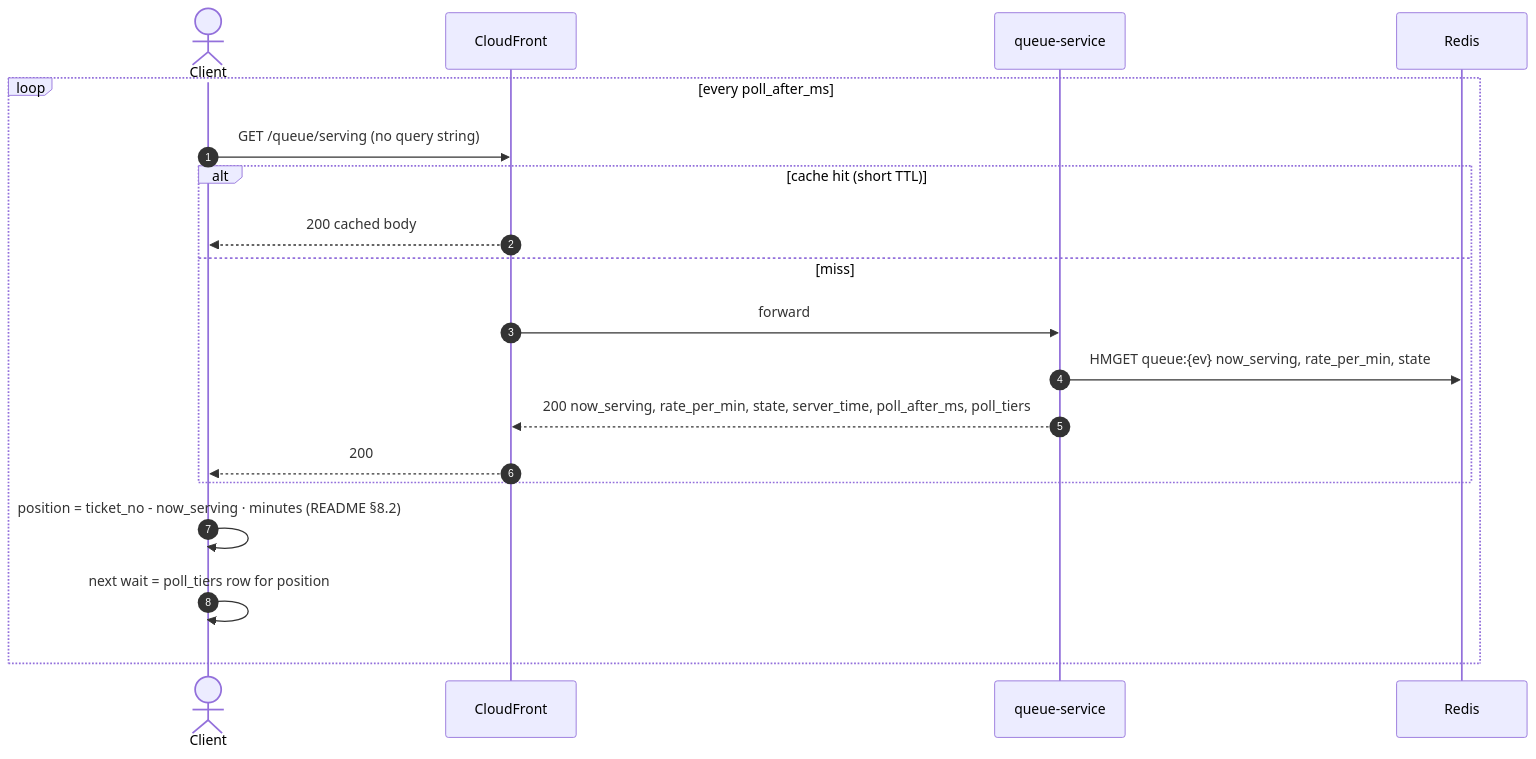
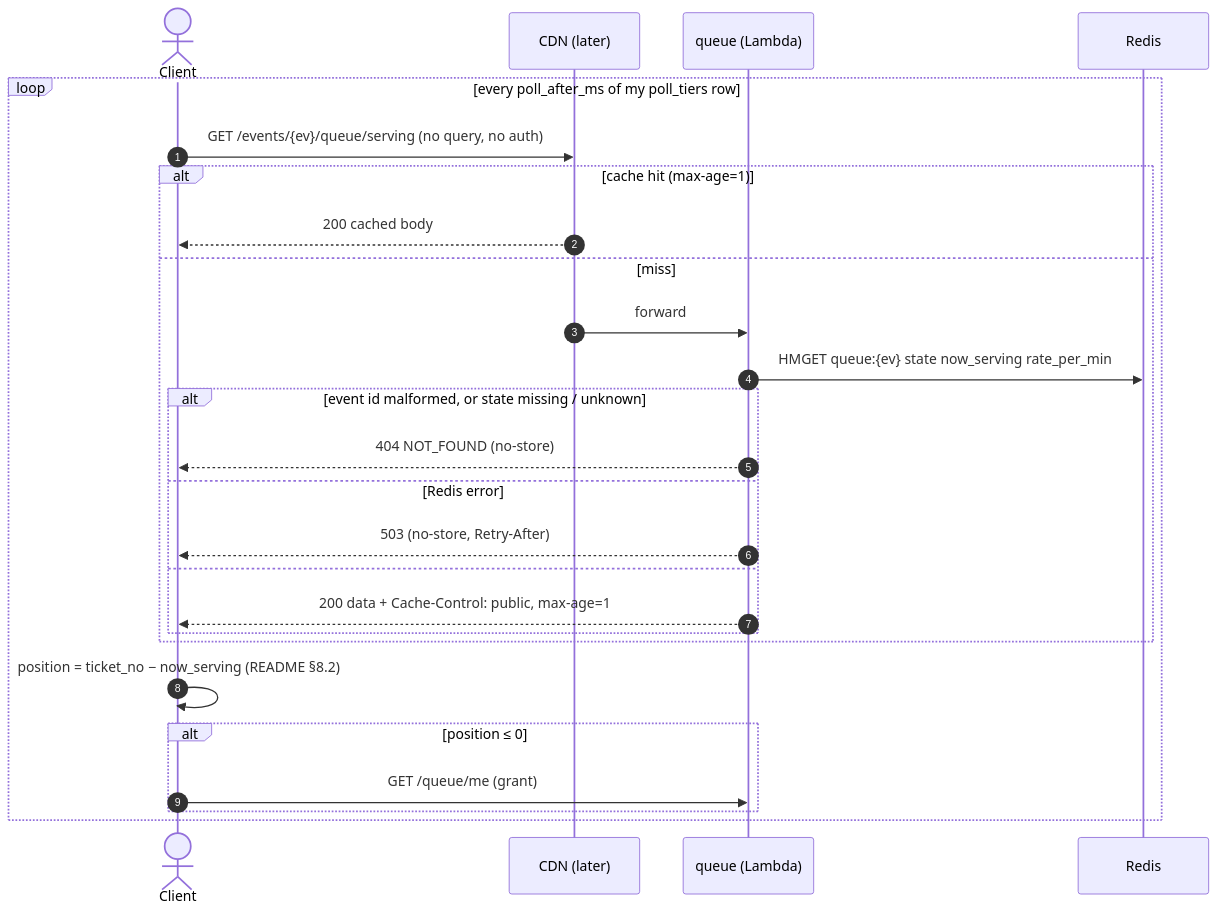
One commit to PTServerJanganTumbang-BookingTicket/be-rusuh-war-ticketing changed the first of 2 diagrams in docs/04-queue/04-get-now-serving.md. Above: the diagram before and after it, drawn with Mermaid. The commit also changed other lines of this file and 10 other files, not shown here.

````diff
--- a/docs/04-queue/04-get-now-serving.md
+++ b/docs/04-queue/04-get-now-serving.md
@@ -19,22 +25,29 @@
 ```mermaid
 sequenceDiagram
     autonumber
     actor C as Client
-    participant CF as CloudFront
-    participant Q as queue-service
+    participant CF as CDN (later)
+    participant Q as queue (Lambda)
     participant R as Redis
 
-    loop every poll_after_ms
-        C->>CF: GET /queue/serving (no query string)
-        alt cache hit (short TTL)
+    loop every poll_after_ms of my poll_tiers row
+        C->>CF: GET /events/{ev}/queue/serving (no query, no auth)
+        alt cache hit (max-age=1)
             CF-->>C: 200 cached body
         else miss
             CF->>Q: forward
-            Q->>R: HMGET queue:{ev} now_serving, rate_per_min, state
-            Q-->>CF: 200 now_serving, rate_per_min, state, server_time, poll_after_ms, poll_tiers
-            CF-->>C: 200
+            Q->>R: HMGET queue:{ev} state now_serving rate_per_min
+            alt event id malformed, or state missing / unknown
+                Q-->>C: 404 NOT_FOUND (no-store)
+            else Redis error
+                Q-->>C: 503 (no-store, Retry-After)
+            else
+                Q-->>C: 200 data + Cache-Control: public, max-age=1
+            end
         end
-        C->>C: position = ticket_no - now_serving · minutes (README §8.2)
-        C->>C: next wait = poll_tiers row for position
+        C->>C: position = ticket_no − now_serving (README §8.2)
+        alt position ≤ 0
+            C->>Q: GET /queue/me (grant)
+        end
     end
 ```
````
